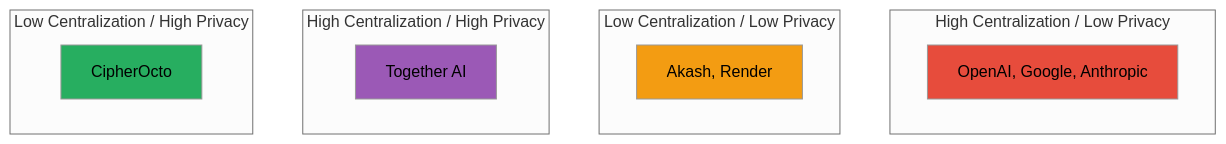
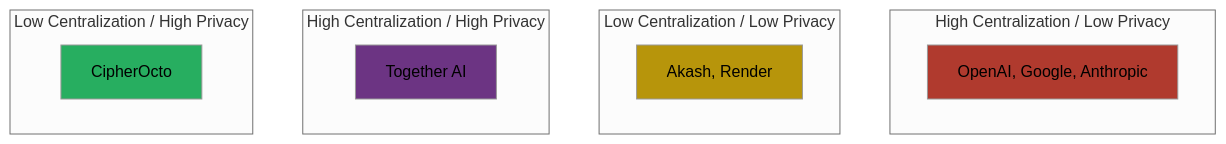
The diagram in docs/02-product/competitive-analysis.md (CipherOcto/cipherocto), drawn with Mermaid (neutral theme) before and after one commit. The commit also changed 13 other files, not shown here.

First line of the commit message:
Improve Mermaid diagram accessibility: Fix color contrast

````diff
--- a/docs/02-product/competitive-analysis.md
+++ b/docs/02-product/competitive-analysis.md
@@ -173,23 +173,23 @@
 ```mermaid
 graph TB
     subgraph QUADRANT1["High Centralization / Low Privacy"]
         C1[OpenAI, Google, Anthropic]
     end
 
     subgraph QUADRANT2["Low Centralization / Low Privacy"]
         C2[Akash, Render]
     end
 
     subgraph QUADRANT3["High Centralization / High Privacy"]
         C3[Together AI]
     end
 
     subgraph QUADRANT4["Low Centralization / High Privacy"]
         C4[CipherOcto]
     end
 
-    style C1 fill:#e74c3c
-    style C2 fill:#f39c12
-    style C3 fill:#9b59b6
+    style C1 fill:#b03a2e
+    style C2 fill:#b7950b
+    style C3 fill:#6c3483
     style C4 fill:#27ae60
 ```
````
